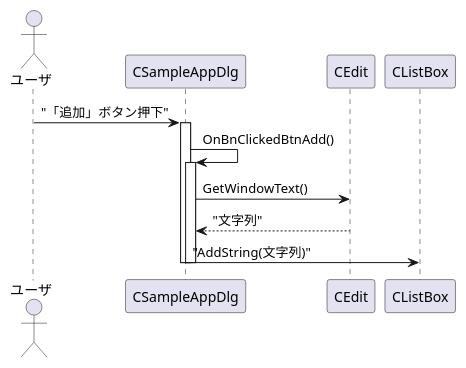
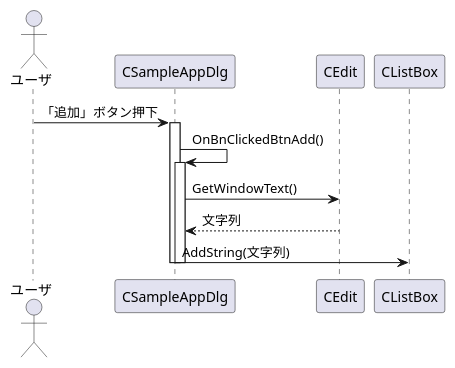
The diagram in docs/before.puml (asura/MakeMfcDialogTestable), drawn with PlantUML before and after one commit. The commit also changed 3 other files, not shown here.

Commit message:
[add] SampleAppのスクリーンショット [fix] クラス図修正

```diff
--- a/docs/before.puml
+++ b/docs/before.puml
@@ -1,15 +1,15 @@
 @startuml
 Actor "ユーザ" as user
 participant CSampleAppDlg
 participant CEdit
 participant CListBox
-user -> CSampleAppDlg : "「追加」ボタン押下"
+user -> CSampleAppDlg : 「追加」ボタン押下
 activate CSampleAppDlg
   CSampleAppDlg -> CSampleAppDlg : OnBnClickedBtnAdd()
   activate CSampleAppDlg
     CSampleAppDlg -> CEdit : GetWindowText()
-    CSampleAppDlg <-- CEdit : "文字列"
-    CSampleAppDlg -> CListBox : "AddString(文字列)"
+    CSampleAppDlg <-- CEdit : 文字列
+    CSampleAppDlg -> CListBox : AddString(文字列)
   deactivate CSampleAppDlg
 deactivate CSampleAppDlg
 @enduml
```
